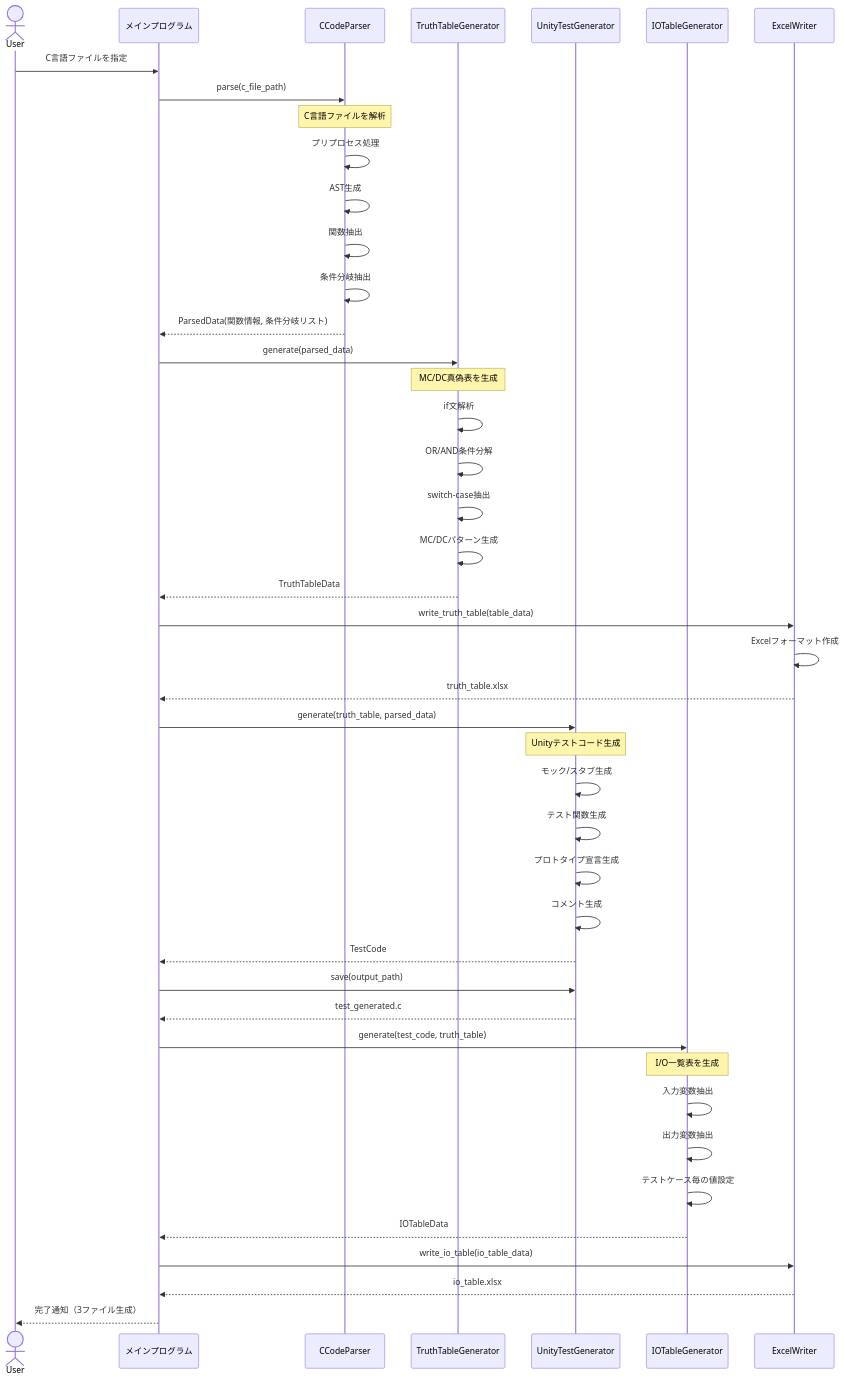
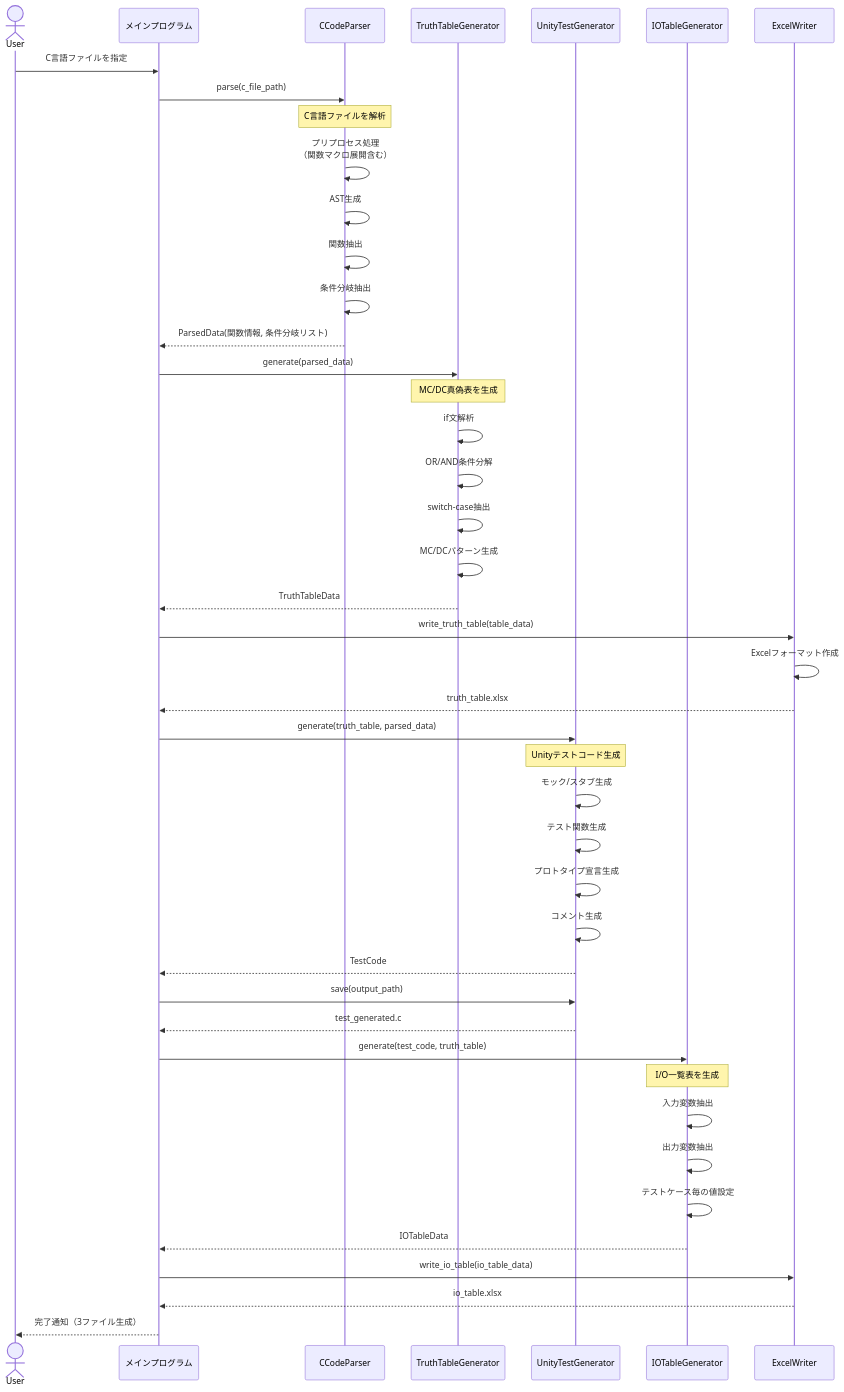
The first of 7 diagrams in design_sequence_diagram.md (ryu5791/AutoUniTestGen), drawn with Mermaid before and after one commit. The commit also changed other lines of this file and 1 other file, not shown here.

Commit message:
シーケンス図、クラス図追加

````diff
--- a/design_sequence_diagram.md
+++ b/design_sequence_diagram.md
@@ -5,55 +5,55 @@
 ```mermaid
 sequenceDiagram
     actor User
     participant Main as メインプログラム
     participant Parser as CCodeParser
     participant TruthTable as TruthTableGenerator
     participant TestGen as UnityTestGenerator
     participant IOTable as IOTableGenerator
     participant Excel as ExcelWriter
 
     User->>Main: C言語ファイルを指定
     Main->>Parser: parse(c_file_path)
     
     Note over Parser: C言語ファイルを解析
-    Parser->>Parser: プリプロセス処理
+    Parser->>Parser: プリプロセス処理<br/>（関数マクロ展開含む）
     Parser->>Parser: AST生成
     Parser->>Parser: 関数抽出
     Parser->>Parser: 条件分岐抽出
     Parser-->>Main: ParsedData(関数情報, 条件分岐リスト)
     
     Main->>TruthTable: generate(parsed_data)
     Note over TruthTable: MC/DC真偽表を生成
     TruthTable->>TruthTable: if文解析
     TruthTable->>TruthTable: OR/AND条件分解
     TruthTable->>TruthTable: switch-case抽出
     TruthTable->>TruthTable: MC/DCパターン生成
     TruthTable-->>Main: TruthTableData
     
     Main->>Excel: write_truth_table(table_data)
     Excel->>Excel: Excelフォーマット作成
     Excel-->>Main: truth_table.xlsx
     
     Main->>TestGen: generate(truth_table, parsed_data)
     Note over TestGen: Unityテストコード生成
     TestGen->>TestGen: モック/スタブ生成
     TestGen->>TestGen: テスト関数生成
     TestGen->>TestGen: プロトタイプ宣言生成
     TestGen->>TestGen: コメント生成
     TestGen-->>Main: TestCode
     
     Main->>TestGen: save(output_path)
     TestGen-->>Main: test_generated.c
     
     Main->>IOTable: generate(test_code, truth_table)
     Note over IOTable: I/O一覧表を生成
     IOTable->>IOTable: 入力変数抽出
     IOTable->>IOTable: 出力変数抽出
     IOTable->>IOTable: テストケース毎の値設定
     IOTable-->>Main: IOTableData
     
     Main->>Excel: write_io_table(io_table_data)
     Excel-->>Main: io_table.xlsx
     
     Main-->>User: 完了通知（3ファイル生成）
 ```
````
